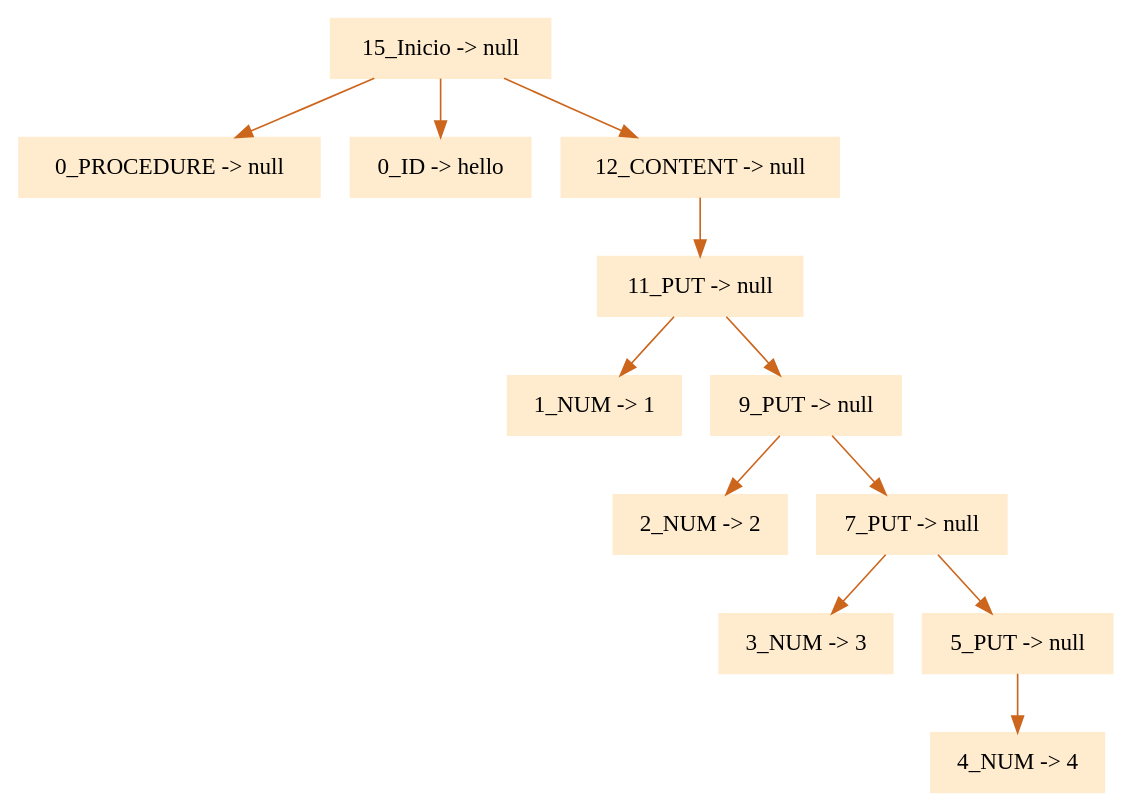
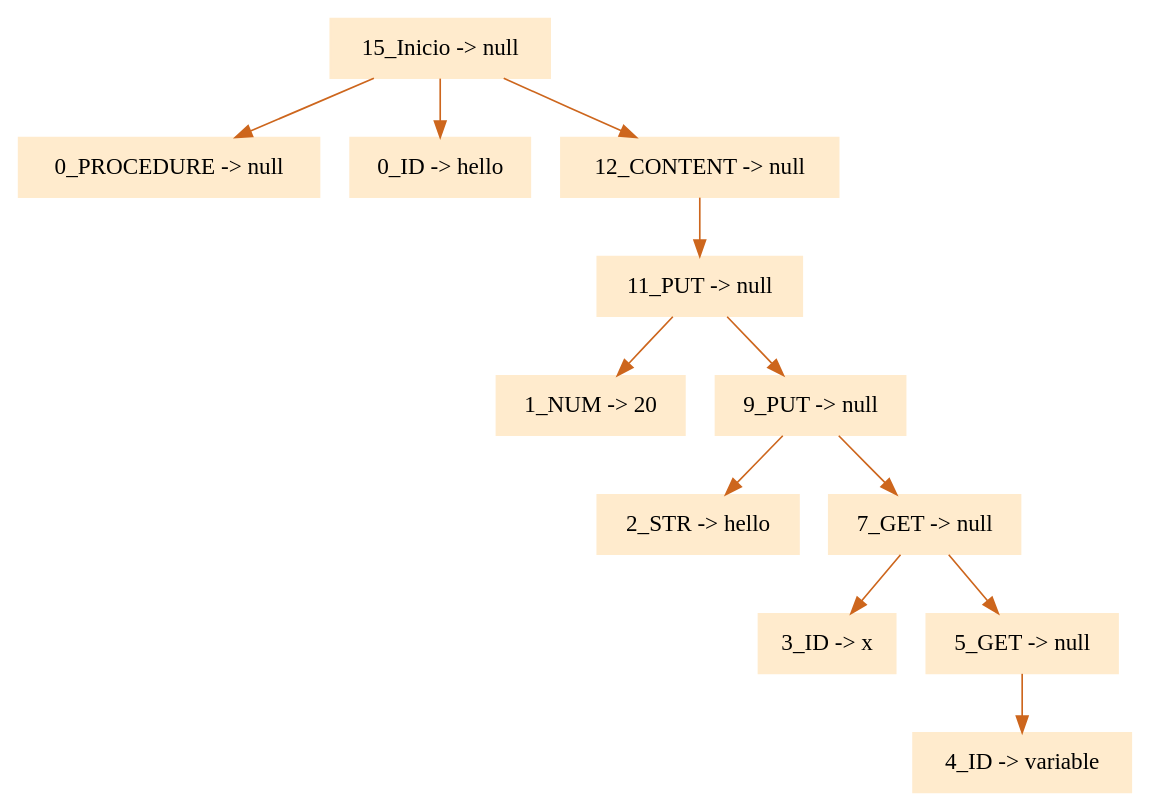
One commit to FranciscoPagoaga/Ada95-Compiler changed the diagram in CompiladorAda/arbol.dot. Above: the diagram before and after it, drawn with Graphviz. The commit also changed 3 other files, not shown here.

```diff
--- a/CompiladorAda/arbol.dot
+++ b/CompiladorAda/arbol.dot
@@ -1,16 +1,16 @@
 digraph G {node[shape=box, style=filled, color=blanchedalmond]; edge[color=chocolate3];rankdir=UD 
 
 "15_Inicio -> null"->"0_PROCEDURE -> null"
 "15_Inicio -> null"->"0_ID -> hello"
 "15_Inicio -> null"->"12_CONTENT -> null"
 "12_CONTENT -> null"->"11_PUT -> null"
-"11_PUT -> null"->"1_NUM -> 1"
+"11_PUT -> null"->"1_NUM -> 20"
 "11_PUT -> null"->"9_PUT -> null"
-"9_PUT -> null"->"2_NUM -> 2"
-"9_PUT -> null"->"7_PUT -> null"
-"7_PUT -> null"->"3_NUM -> 3"
-"7_PUT -> null"->"5_PUT -> null"
-"5_PUT -> null"->"4_NUM -> 4"
+"9_PUT -> null"->"2_STR -> hello"
+"9_PUT -> null"->"7_GET -> null"
+"7_GET -> null"->"3_ID -> x"
+"7_GET -> null"->"5_GET -> null"
+"5_GET -> null"->"4_ID -> variable"
 
 
 }
```
